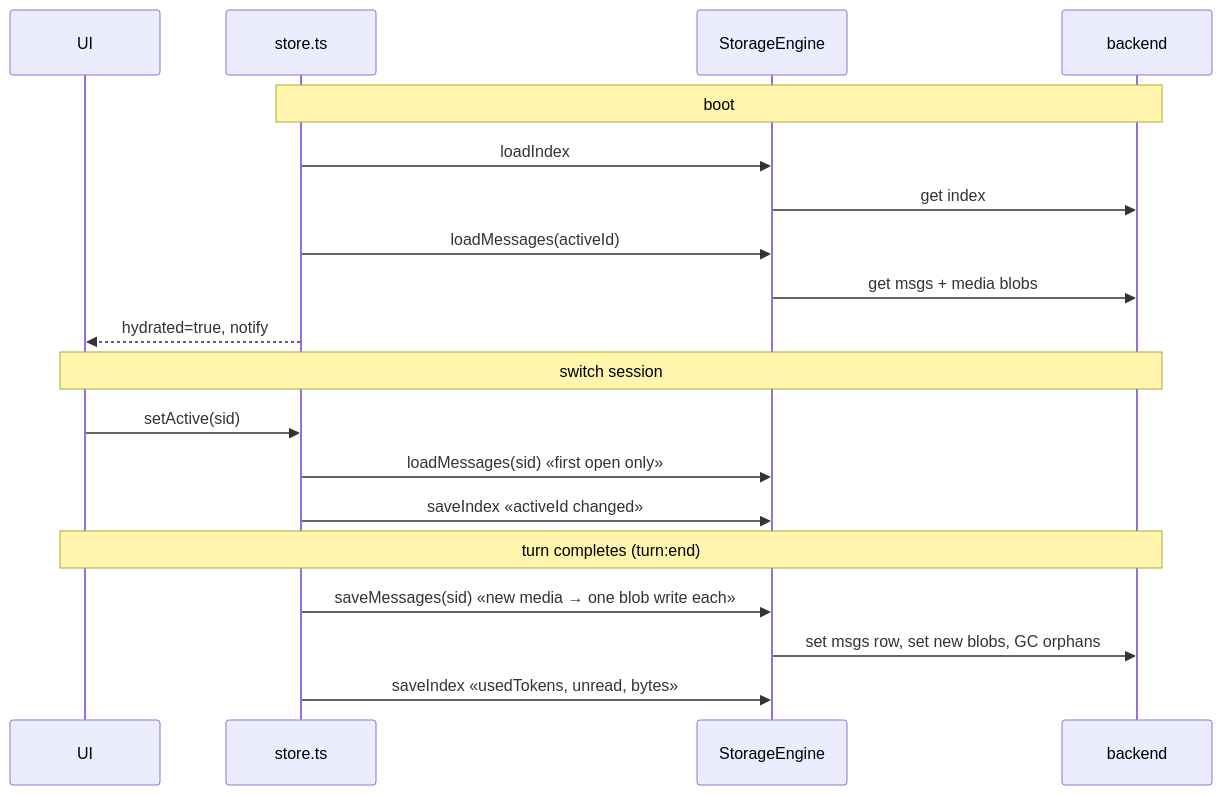
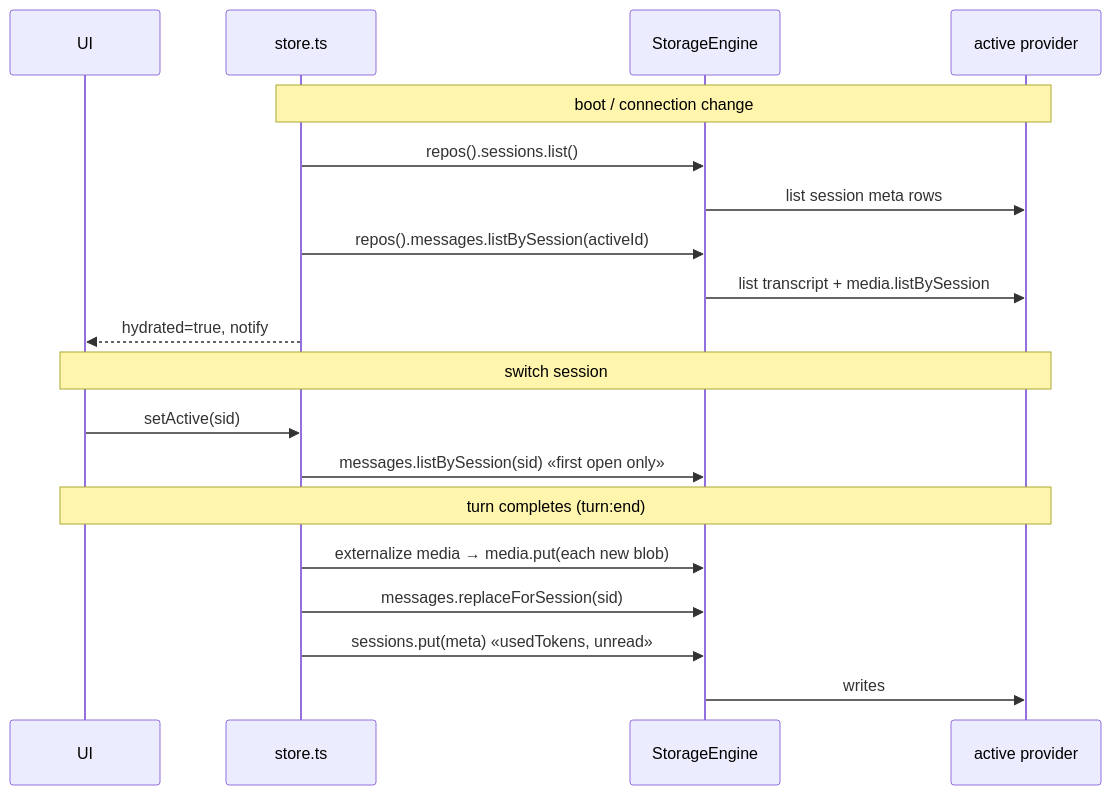
One commit to bilikaz/v84-harness changed the second of 2 diagrams in docs/architecture/storage.md. Above: the diagram before and after it, drawn with Mermaid. The commit also changed other lines of this file and 142 other files, not shown here.

````diff
--- a/docs/architecture/storage.md
+++ b/docs/architecture/storage.md
@@ -158,24 +234,24 @@
 ```mermaid
 sequenceDiagram
     participant UI
     participant Store as store.ts
     participant E as StorageEngine
-    participant D as backend
+    participant P as active provider
 
-    Note over Store,D: boot
-    Store->>E: loadIndex
-    E->>D: get index
-    Store->>E: loadMessages(activeId)
-    E->>D: get msgs + media blobs
+    Note over Store,P: boot / connection change
+    Store->>E: repos().sessions.list()
+    E->>P: list session meta rows
+    Store->>E: repos().messages.listBySession(activeId)
+    E->>P: list transcript + media.listBySession
     Store-->>UI: hydrated=true, notify
 
-    Note over UI,D: switch session
+    Note over UI,P: switch session
     UI->>Store: setActive(sid)
-    Store->>E: loadMessages(sid) «first open only»
-    Store->>E: saveIndex «activeId changed»
+    Store->>E: messages.listBySession(sid) «first open only»
 
-    Note over UI,D: turn completes (turn:end)
-    Store->>E: saveMessages(sid) «new media → one blob write each»
-    E->>D: set msgs row, set new blobs, GC orphans
-    Store->>E: saveIndex «usedTokens, unread, bytes»
+    Note over UI,P: turn completes (turn:end)
+    Store->>E: externalize media → media.put(each new blob)
+    Store->>E: messages.replaceForSession(sid)
+    Store->>E: sessions.put(meta) «usedTokens, unread»
+    E->>P: writes
 ```
````
